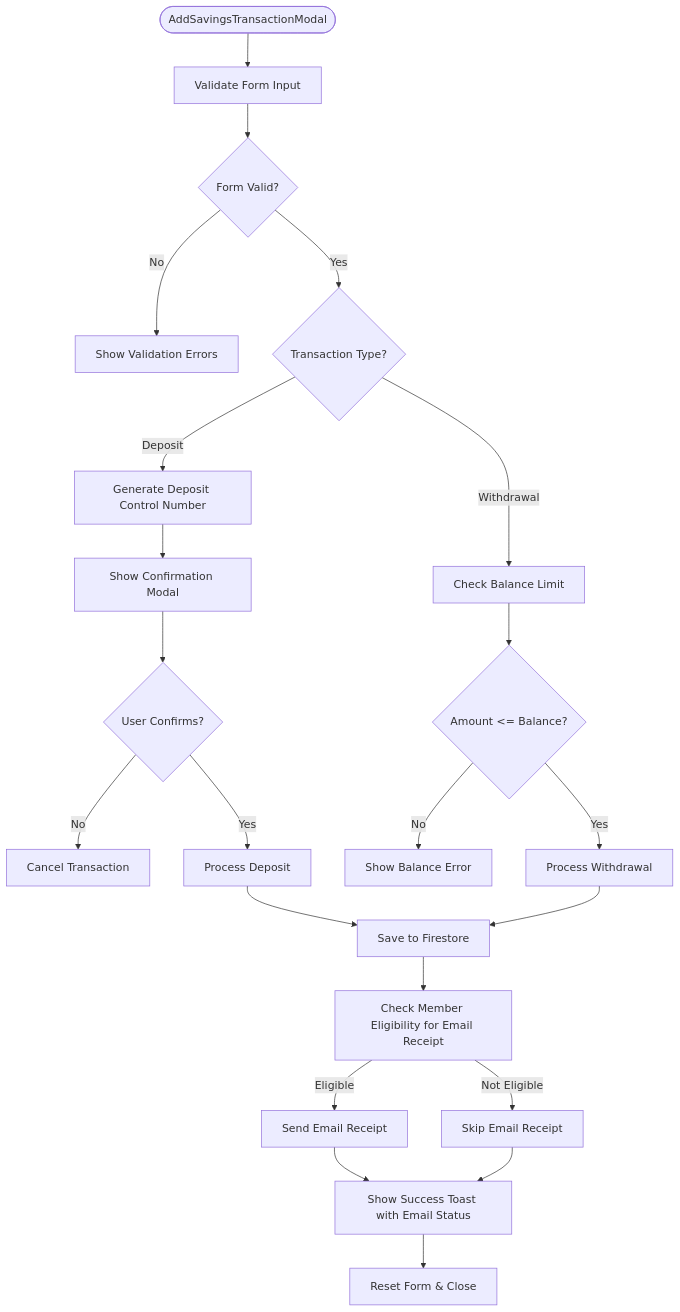
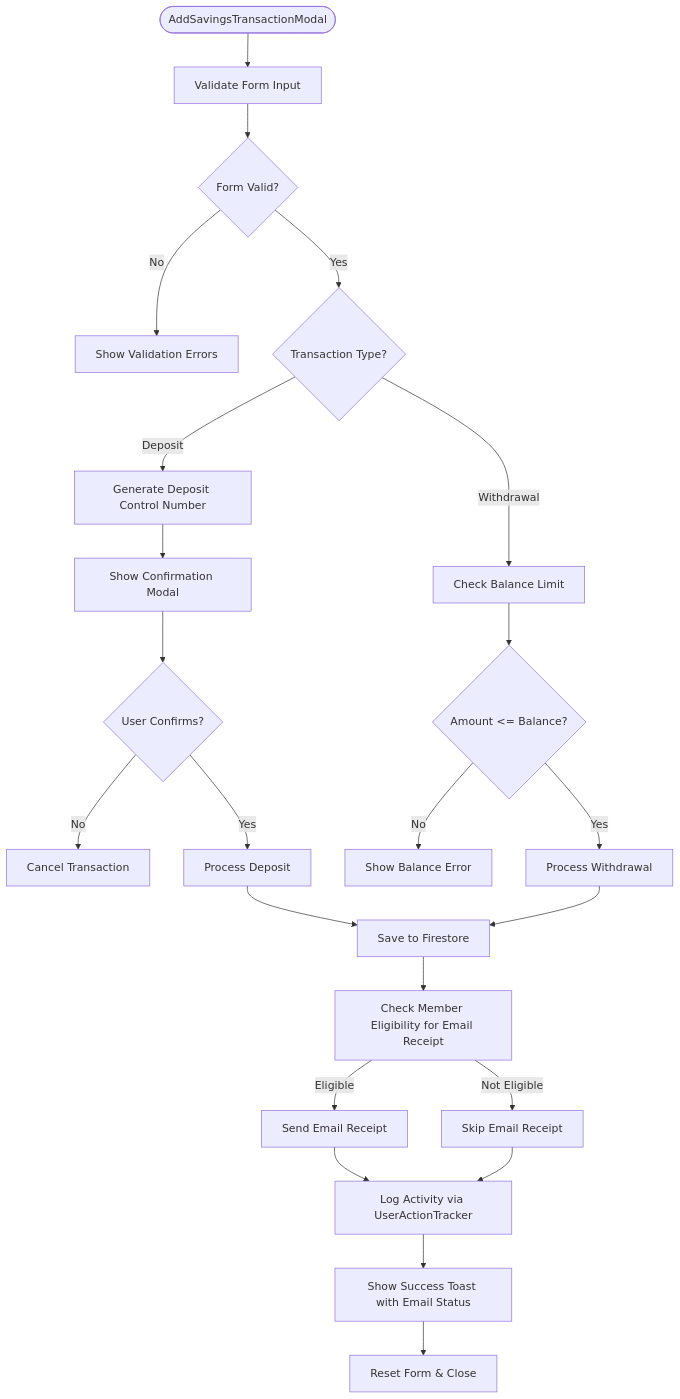
Before and after one commit to Unsure-bry/sampacoop_system: diagram 12 of 20 in .qoder/repowiki/en/content/Savings Management System/Savings Management System.md, drawn with Mermaid. The commit also changed other lines of this file and 24 other files, not shown here.

````diff
--- a/.qoder/repowiki/en/content/Savings Management System/Savings Management System.md
+++ b/.qoder/repowiki/en/content/Savings Management System/Savings Management System.md
@@ -414,24 +508,25 @@
 ```mermaid
 flowchart TD
 Start(["AddSavingsTransactionModal"]) --> Validate["Validate Form Input"]
 Validate --> Valid{"Form Valid?"}
 Valid --> |No| ShowErrors["Show Validation Errors"]
 Valid --> |Yes| TypeCheck{"Transaction Type?"}
 TypeCheck --> |Deposit| GenerateDCN["Generate Deposit Control Number"]
 GenerateDCN --> ShowConfirm["Show Confirmation Modal"]
 ShowConfirm --> Confirm{"User Confirms?"}
 Confirm --> |No| Cancel["Cancel Transaction"]
 Confirm --> |Yes| ProcessDeposit["Process Deposit"]
 TypeCheck --> |Withdrawal| CheckBalance["Check Balance Limit"]
 CheckBalance --> ValidWithdrawal{"Amount <= Balance?"}
 ValidWithdrawal --> |No| ShowBalanceError["Show Balance Error"]
 ValidWithdrawal --> |Yes| ProcessWithdrawal["Process Withdrawal"]
 ProcessDeposit --> SaveTransaction["Save to Firestore"]
 ProcessWithdrawal --> SaveTransaction
 SaveTransaction --> CheckEligibility["Check Member Eligibility for Email Receipt"]
 CheckEligibility --> |Eligible| SendEmail["Send Email Receipt"]
 CheckEligibility --> |Not Eligible| SkipEmail["Skip Email Receipt"]
-SendEmail --> Success["Show Success Toast with Email Status"]
-SkipEmail --> Success
+SendEmail --> LogActivity["Log Activity via UserActionTracker"]
+LogActivity --> Success["Show Success Toast with Email Status"]
+SkipEmail --> LogActivity
 Success --> ResetForm["Reset Form & Close"]
 ```
````
